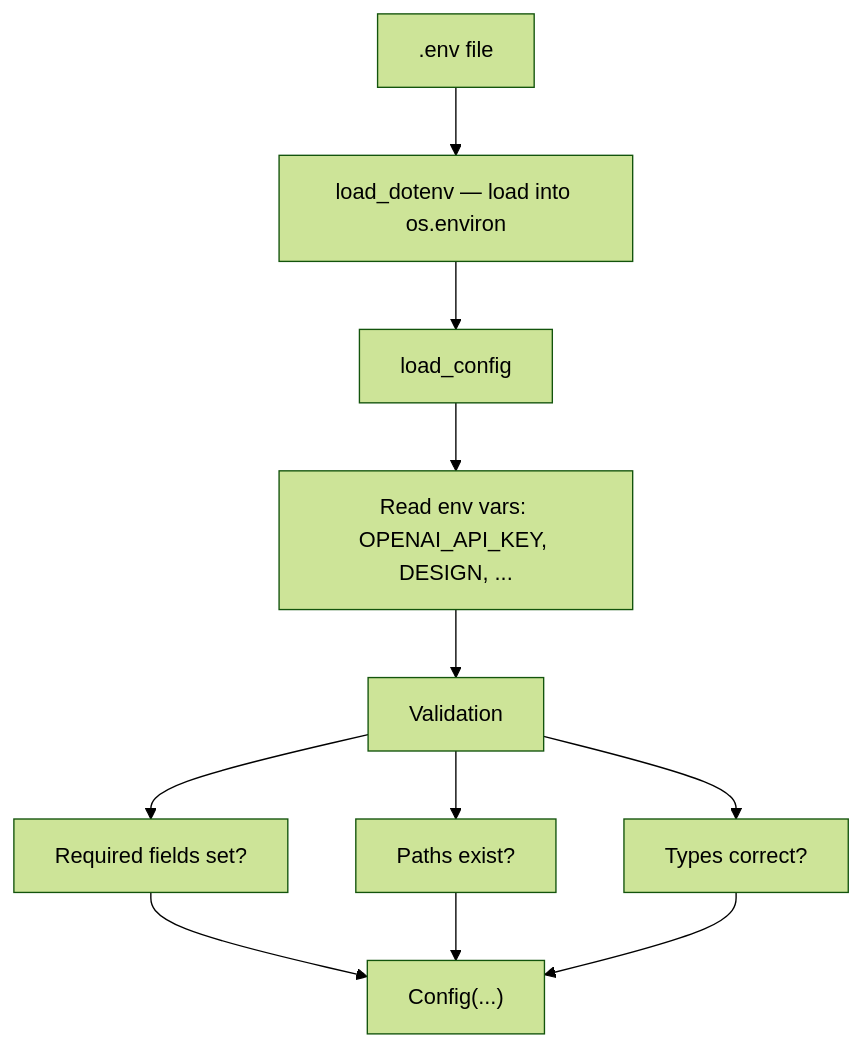
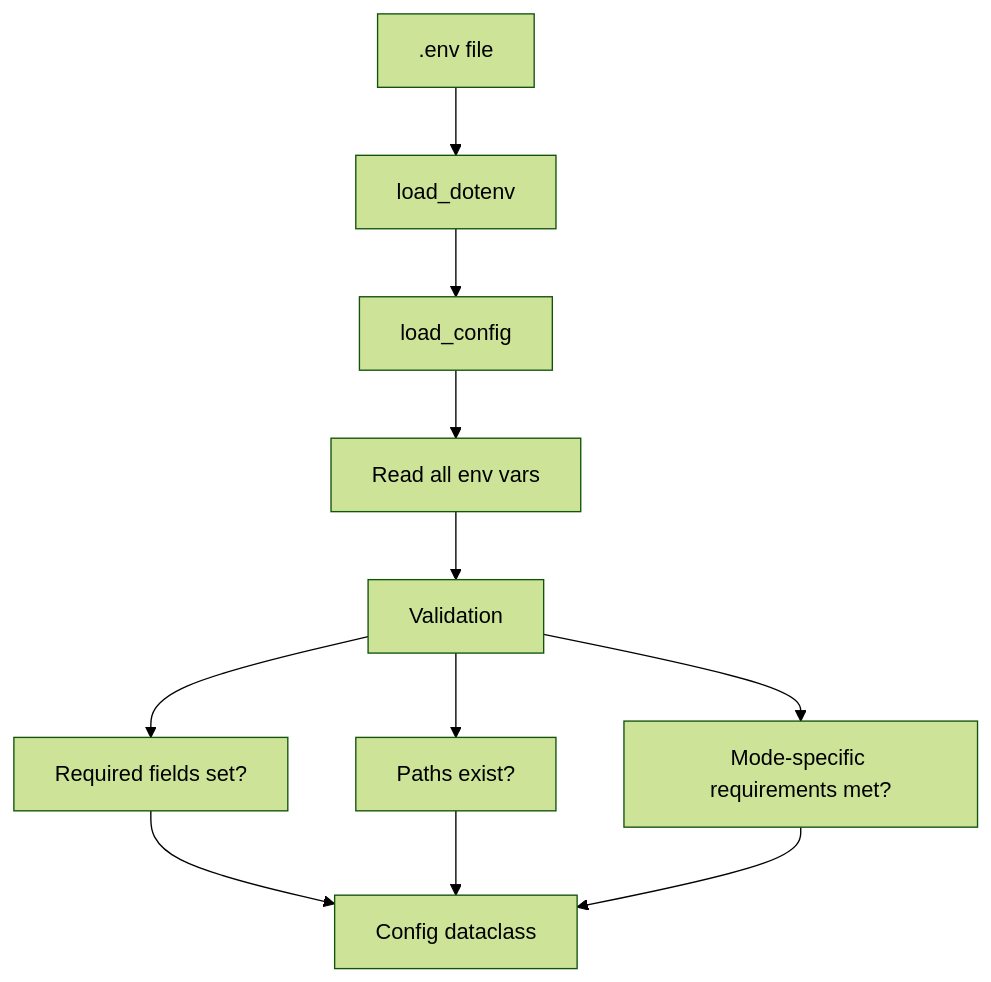
One commit to advent-lab/llm-verif changed the sixth of 6 diagrams in docs/ARCH.md. Above: the diagram before and after it, drawn with Mermaid (forest theme). The commit also changed other lines of this file and 3 other files, not shown here.

````diff
--- a/docs/ARCH.md
+++ b/docs/ARCH.md
@@ -935,11 +691,11 @@
 ```mermaid
 graph TD
-    ENV[.env file] --> LD[load_dotenv — load into os.environ]
+    ENV[.env file] --> LD[load_dotenv]
     LD --> LC[load_config]
-    LC --> R1[Read env vars: OPENAI_API_KEY, DESIGN, ...]
+    LC --> R1[Read all env vars]
     R1 --> V[Validation]
     V --> V1[Required fields set?]
     V --> V2[Paths exist?]
-    V --> V3[Types correct?]
-    V1 & V2 & V3 --> CFG["Config(...)"]
+    V --> V3[Mode-specific requirements met?]
+    V1 & V2 & V3 --> CFG[Config dataclass]
 ```
````
